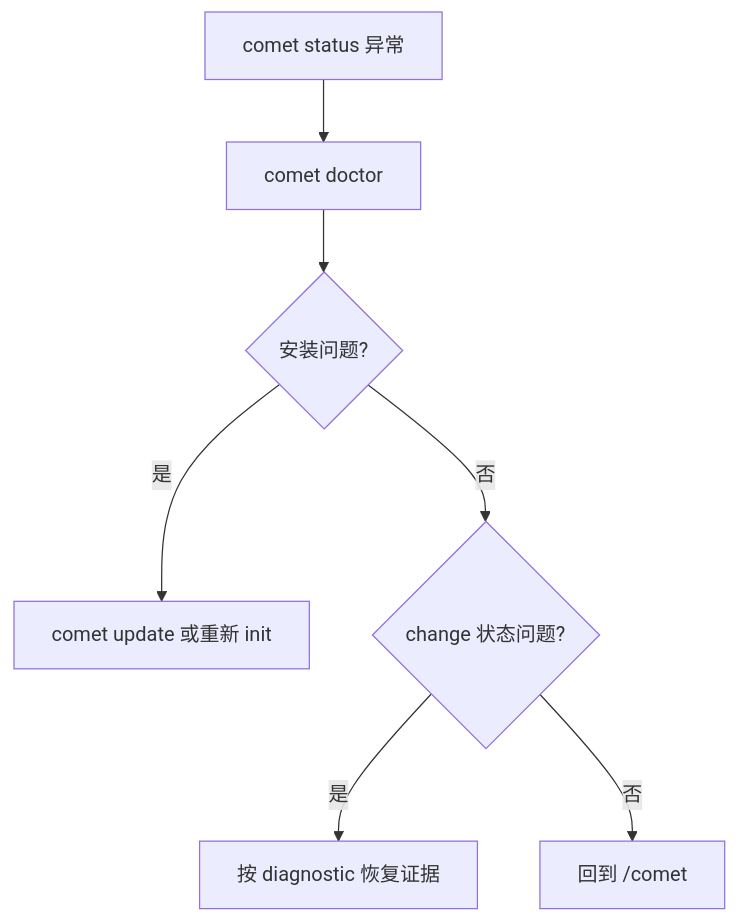
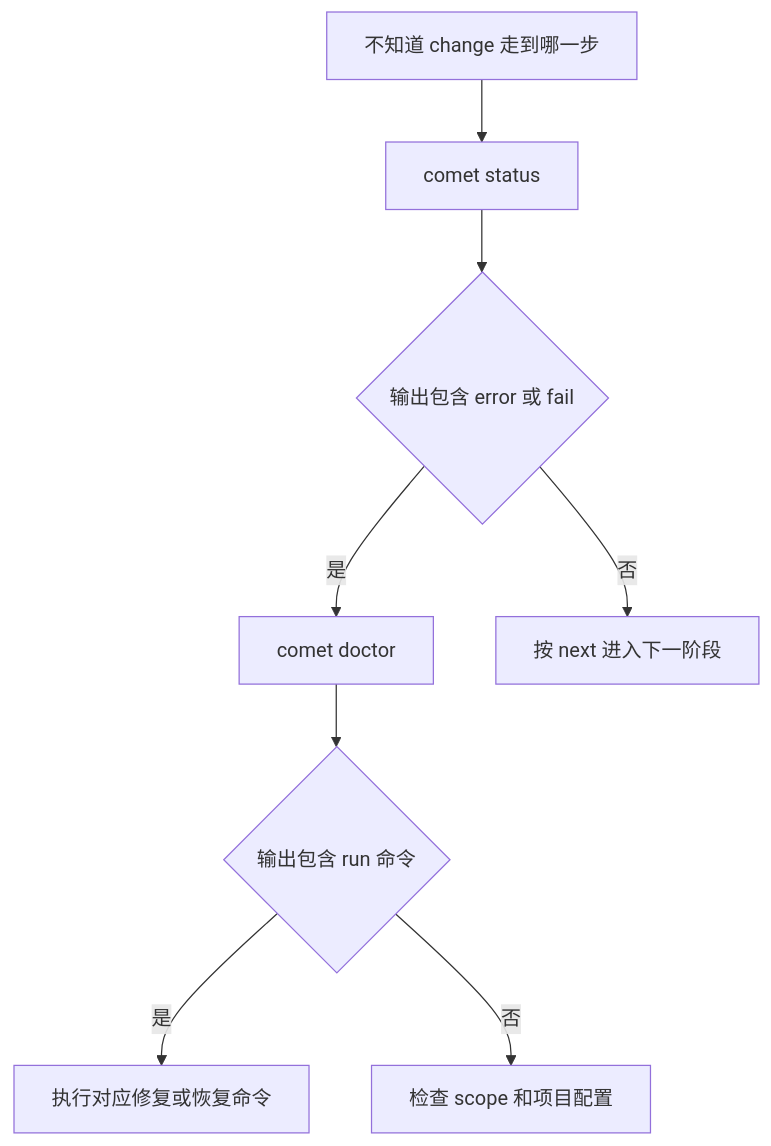
The diagram in zh/cli/doctor.mdx (rpamis/comet-website-docs), drawn with Mermaid before and after one commit. The commit also changed other lines of this file and 3 other files, not shown here.

Commit message:
docs: clarify comet status and doctor output

````diff
--- a/zh/cli/doctor.mdx
+++ b/zh/cli/doctor.mdx
@@ -37,9 +129,10 @@
 ```mermaid
 flowchart TD
-  A["comet status 异常"] --> B["comet doctor"]
-  B --> C{"安装问题?"}
-  C -->|是| D["comet update 或重新 init"]
-  C -->|否| E{"change 状态问题?"}
-  E -->|是| F["按 diagnostic 恢复证据"]
-  E -->|否| G["回到 /comet"]
+  A["不知道 change 走到哪一步"] --> B["comet status"]
+  B --> C{"输出包含 error 或 fail"}
+  C -->|是| D["comet doctor"]
+  D --> E{"输出包含 run 命令"}
+  E -->|是| F["执行对应修复或恢复命令"]
+  E -->|否| G["检查 scope 和项目配置"]
+  C -->|否| H["按 next 进入下一阶段"]
 ```
````
